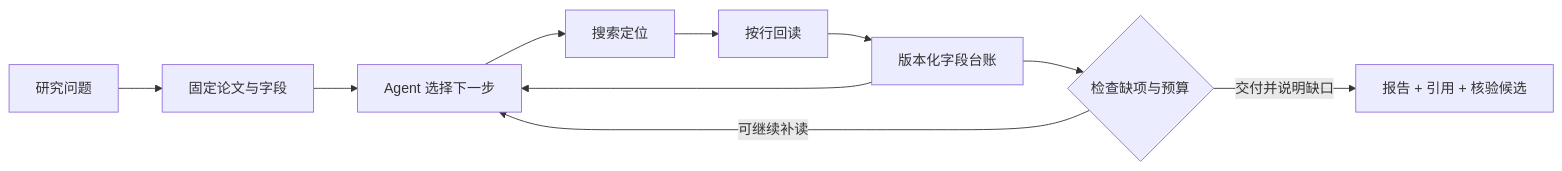
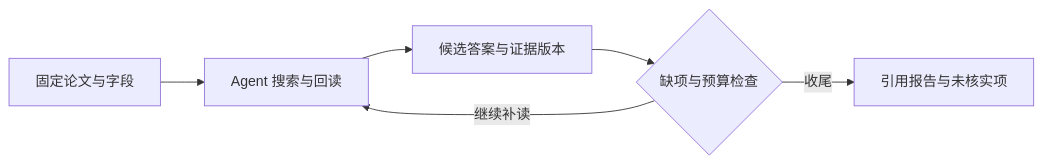
The diagram in README.md (wubuxy/scientific-evidence-agent), drawn with Mermaid before and after one commit.

Commit message:
Keep the README research loop readable at repository width

````diff
--- a/README.md
+++ b/README.md
@@ -39,12 +39,8 @@
 ```mermaid
 flowchart LR
-  Q[研究问题] --> P[固定论文与字段]
-  P --> A[Agent 选择下一步]
-  A --> S[搜索定位]
-  S --> R[按行回读]
-  R --> L[版本化字段台账]
-  L --> A
-  L --> G{检查缺项与预算}
-  G -->|可继续补读| A
-  G -->|交付并说明缺口| O[报告 + 引用 + 核验候选]
+  Q[固定论文与字段] --> A[Agent 搜索与回读]
+  A --> L[候选答案与证据版本]
+  L --> G{缺项与预算检查}
+  G -->|继续补读| A
+  G -->|收尾| O[引用报告与未核实项]
 ```
````
